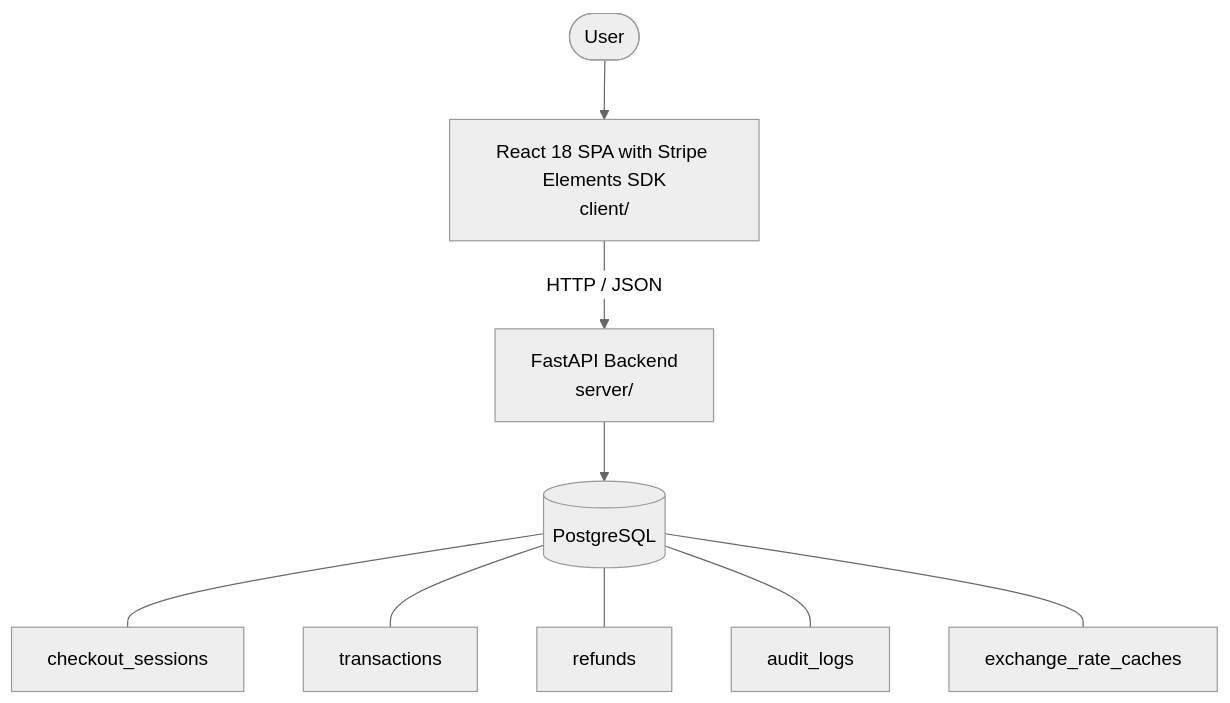
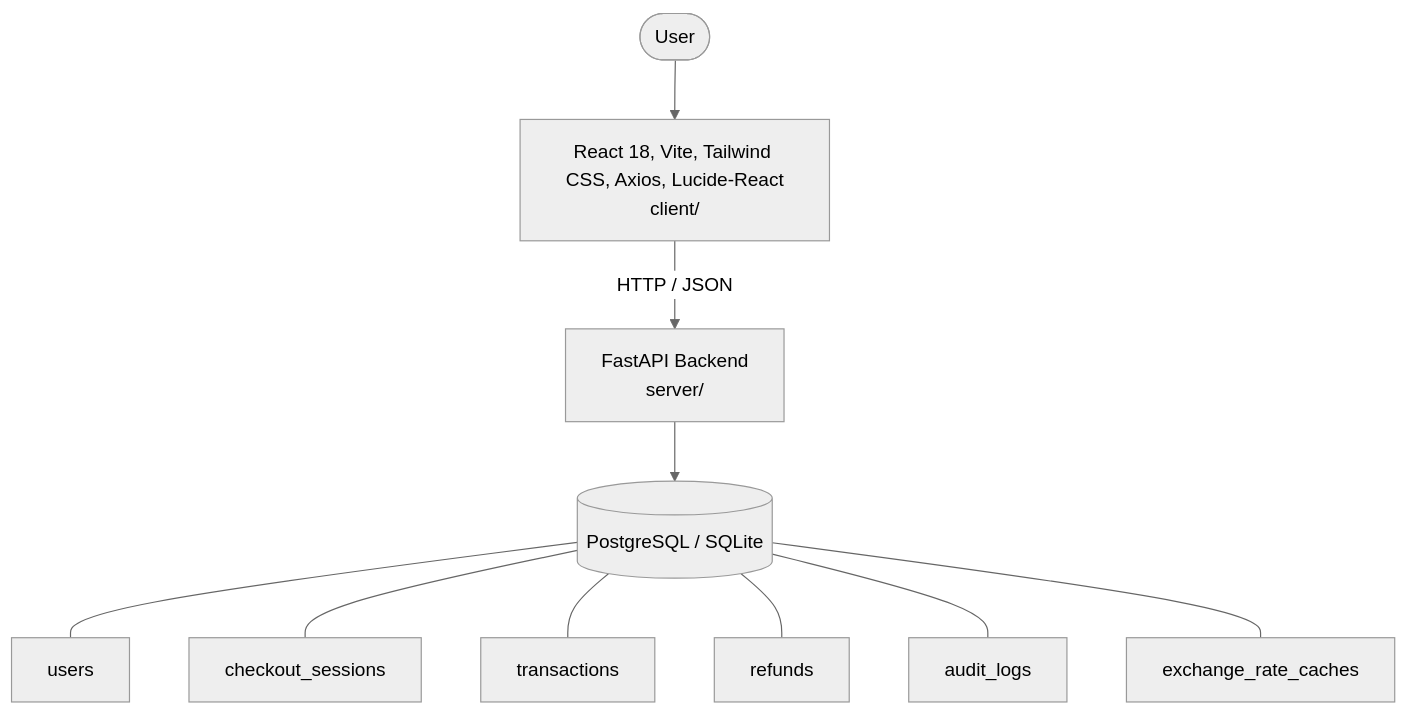
Before and after one commit to p67428378-afk/SDLC2: the diagram in architecture.md, drawn with Mermaid (neutral theme). The commit also changed other lines of this file and 44 other files, not shown here.

````diff
--- a/architecture.md
+++ b/architecture.md
@@ -6,15 +6,16 @@
 ```mermaid
 graph TD
   User([User])
-  UI["React 18 SPA with Stripe Elements SDK<br/>client/"]
+  UI["React 18, Vite, Tailwind CSS, Axios, Lucide-React<br/>client/"]
   API["FastAPI Backend<br/>server/"]
-  DB[("PostgreSQL")]
+  DB[("PostgreSQL / SQLite")]
   User --> UI
   UI -->|HTTP / JSON| API
   API --> DB
+  DB --- tbl_users["users"]
   DB --- tbl_checkout_sessions["checkout_sessions"]
   DB --- tbl_transactions["transactions"]
   DB --- tbl_refunds["refunds"]
   DB --- tbl_audit_logs["audit_logs"]
   DB --- tbl_exchange_rate_caches["exchange_rate_caches"]
 ```
````
